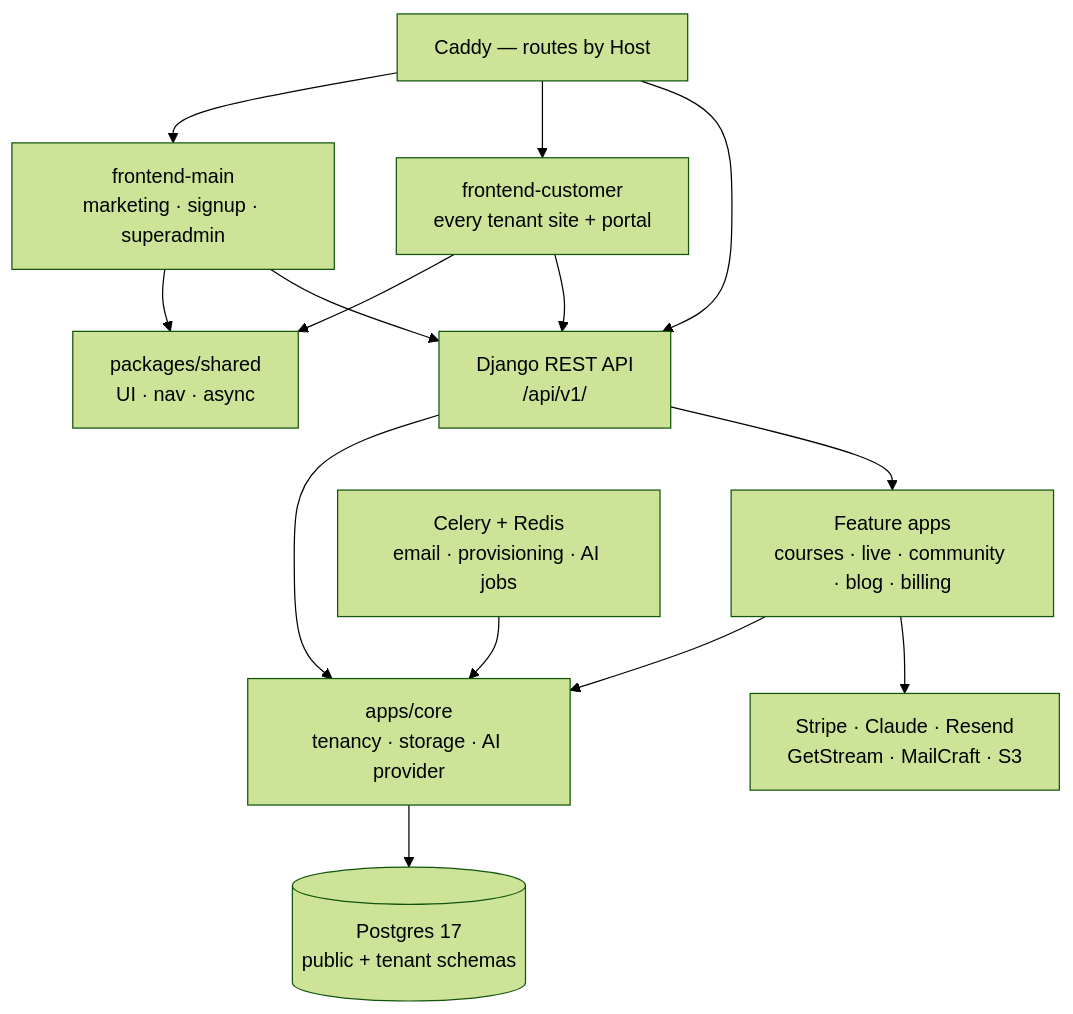
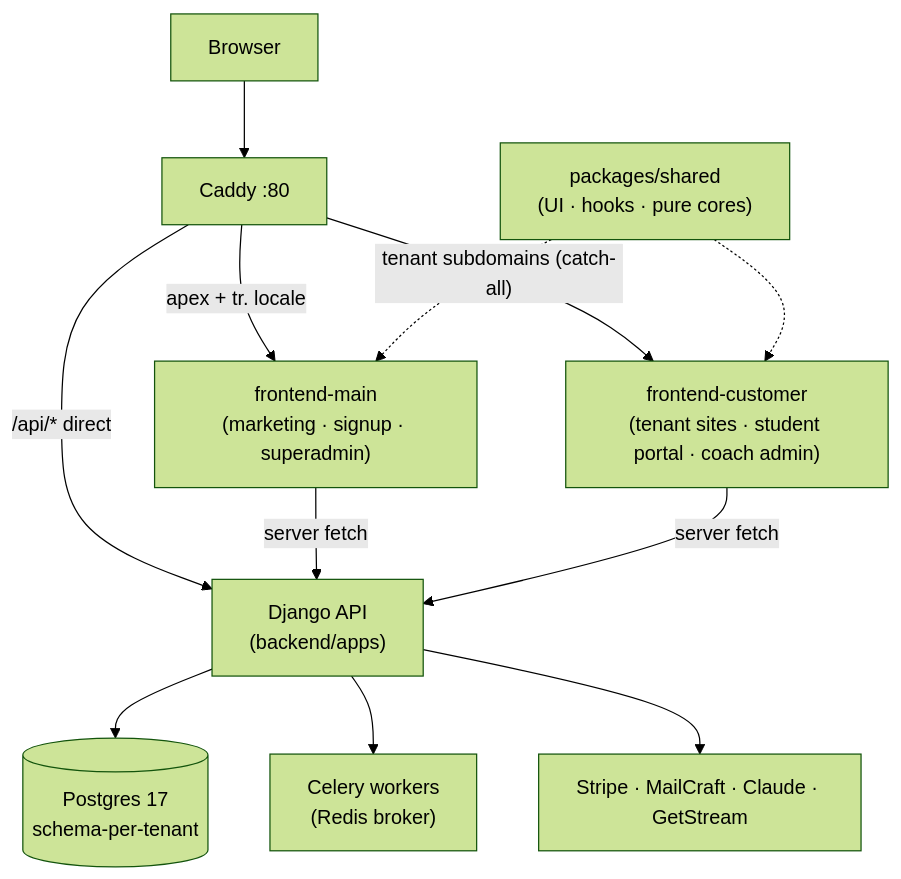
The diagram in docs/wiki/overview.md (tahayusufkomur/contentor), drawn with Mermaid (forest theme) before and after one commit. The commit also changed other lines of this file and 94 other files, not shown here.

````diff
--- a/docs/wiki/overview.md
+++ b/docs/wiki/overview.md
@@ -11,27 +13,14 @@
 ```mermaid
-graph TD
-    Caddy["Caddy — routes by Host"]
-    Main["frontend-main<br/>marketing · signup · superadmin"]
-    Customer["frontend-customer<br/>every tenant site + portal"]
-    Shared["packages/shared<br/>UI · nav · async"]
-    API["Django REST API<br/>/api/v1/"]
-    CoreT["apps/core<br/>tenancy · storage · AI provider"]
-    Feature["Feature apps<br/>courses · live · community · blog · billing"]
-    Celery["Celery + Redis<br/>email · provisioning · AI jobs"]
-    PG[("Postgres 17<br/>public + tenant schemas")]
-    Ext["Stripe · Claude · Resend<br/>GetStream · MailCraft · S3"]
-
-    Caddy --> Main
-    Caddy --> Customer
-    Caddy --> API
-    Main --> Shared
-    Customer --> Shared
-    Main --> API
-    Customer --> API
-    API --> CoreT
-    API --> Feature
-    Feature --> CoreT
-    CoreT --> PG
-    Celery --> CoreT
-    Feature --> Ext
+flowchart TD
+    B[Browser] --> C[Caddy :80]
+    C -->|"apex + tr. locale"| FM["frontend-main<br/>(marketing · signup · superadmin)"]
+    C -->|"tenant subdomains (catch-all)"| FC["frontend-customer<br/>(tenant sites · student portal · coach admin)"]
+    C -->|"/api/* direct"| DJ["Django API<br/>(backend/apps)"]
+    FM -->|server fetch| DJ
+    FC -->|server fetch| DJ
+    SH["packages/shared<br/>(UI · hooks · pure cores)"] -.-> FM
+    SH -.-> FC
+    DJ --> PG[("Postgres 17<br/>schema-per-tenant")]
+    DJ --> CW["Celery workers<br/>(Redis broker)"]
+    DJ --> EXT["Stripe · MailCraft · Claude · GetStream"]
 ```
````
